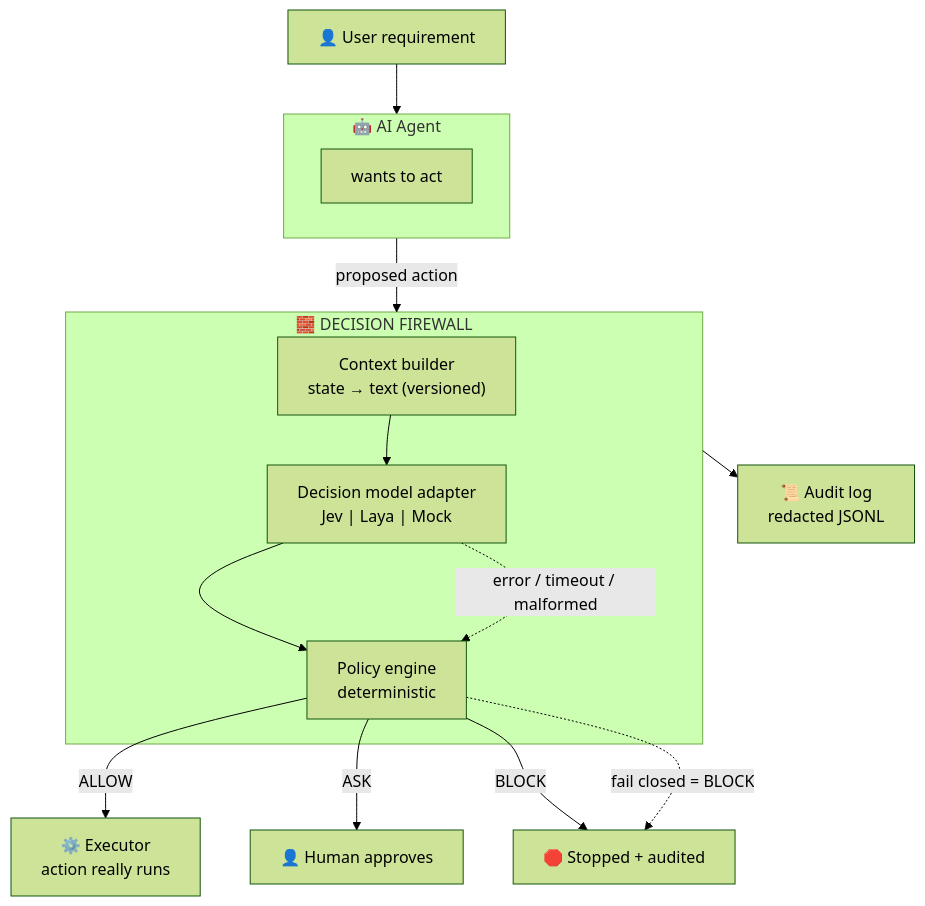
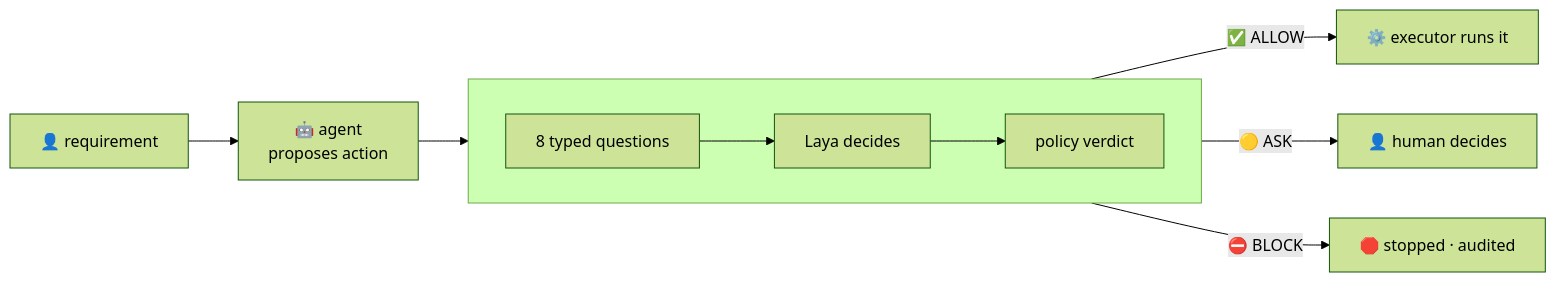
Before and after one commit to chinna250801/agent-decision-firewall: the first of 2 diagrams in README.md, drawn with Mermaid (forest theme). The commit also changed other lines of this file, not shown here.

````diff
--- a/README.md
+++ b/README.md
@@ -30,20 +26,12 @@
 ```mermaid
-flowchart TB
-    U["👤 User requirement"] --> A
-    subgraph A["🤖 AI Agent"]
-        W["wants to act"]
+flowchart LR
+    U["👤 requirement"] --> AG["🤖 agent<br/>proposes action"]
+    AG --> FW["🧱 FIREWALL"]
+    subgraph FW[" "]
+        direction LR
+        Q["8 typed questions"] --> M["Laya decides"] --> P["policy verdict"]
     end
-    A -->|"proposed action"| F
-    subgraph F["🧱 DECISION FIREWALL"]
-        CB["Context builder<br/>state → text (versioned)"]
-        M["Decision model adapter<br/>Jev | Laya | Mock"]
-        P["Policy engine<br/>deterministic"]
-        CB --> M --> P
-    end
-    P -->|ALLOW| X["⚙️ Executor<br/>action really runs"]
-    P -->|ASK| H["👤 Human approves"]
-    P -->|BLOCK| S["🛑 Stopped + audited"]
-    M -.->|"error / timeout / malformed"| P
-    P -.->|"fail closed = BLOCK"| S
-    F --> AU["📜 Audit log<br/>redacted JSONL"]
+    P -->|"✅ ALLOW"| EX["⚙️ executor runs it"]
+    P -->|"🟡 ASK"| HU["👤 human decides"]
+    P -->|"⛔ BLOCK"| ST["🛑 stopped · audited"]
 ```
````
